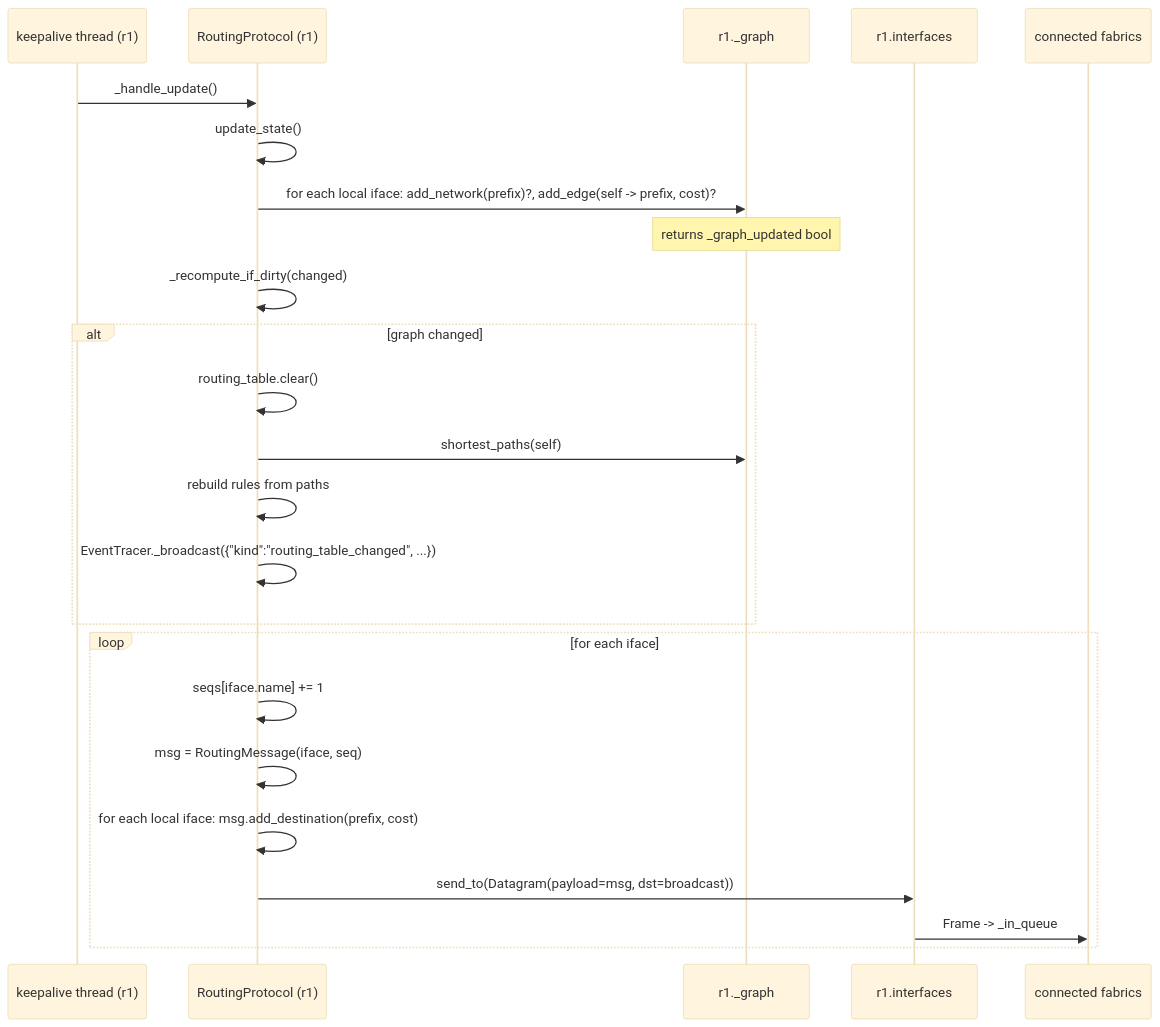
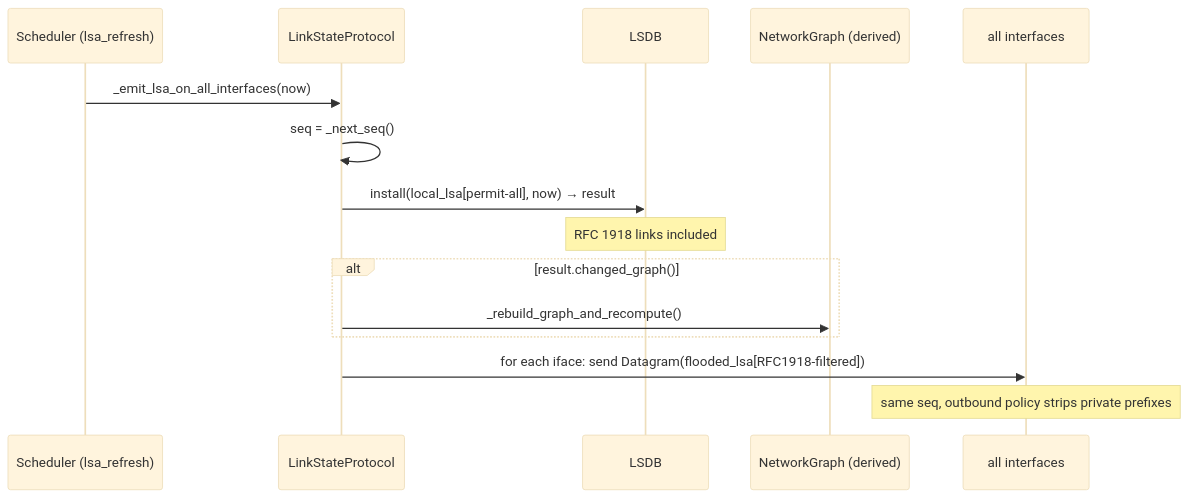
Before and after one commit to lukius/loom: the first of 2 diagrams in docs/architecture/routing-protocol.md, drawn with Mermaid (base theme). The commit also changed other lines of this file, not shown here.

Commit message:
docs(architecture): rewrite routing-protocol.md as loom-OSPF

````diff
--- a/docs/architecture/routing-protocol.md
+++ b/docs/architecture/routing-protocol.md
@@ -46,27 +114,18 @@
 ```mermaid
 sequenceDiagram
-  participant KA as keepalive thread (r1)
-  participant R1 as RoutingProtocol (r1)
-  participant G as r1._graph
-  participant IF as r1.interfaces
-  participant LAN as connected fabrics
+  participant Sched as Scheduler (lsa_refresh)
+  participant Proto as LinkStateProtocol
+  participant DB as LSDB
+  participant G as NetworkGraph (derived)
+  participant IFs as all interfaces
 
-  KA->>R1: _handle_update()
-  R1->>R1: update_state()
-  R1->>G: for each local iface: add_network(prefix)?, add_edge(self -> prefix, cost)?
-  Note over G: returns _graph_updated bool
-  R1->>R1: _recompute_if_dirty(changed)
-  alt graph changed
-    R1->>R1: routing_table.clear()
-    R1->>G: shortest_paths(self)
-    R1->>R1: rebuild rules from paths
-    R1->>R1: EventTracer._broadcast({"kind":"routing_table_changed", ...})
+  Sched->>Proto: _emit_lsa_on_all_interfaces(now)
+  Proto->>Proto: seq = _next_seq()
+  Proto->>DB: install(local_lsa[permit-all], now) → result
+  note over DB: RFC 1918 links included
+  alt result.changed_graph()
+    Proto->>G: _rebuild_graph_and_recompute()
   end
-  loop for each iface
-    R1->>R1: seqs[iface.name] += 1
-    R1->>R1: msg = RoutingMessage(iface, seq)
-    R1->>R1: for each local iface: msg.add_destination(prefix, cost)
-    R1->>IF: send_to(Datagram(payload=msg, dst=broadcast))
-    IF->>LAN: Frame -> _in_queue
-  end
+  Proto->>IFs: for each iface: send Datagram(flooded_lsa[RFC1918-filtered])
+  note over IFs: same seq, outbound policy strips private prefixes
 ```
````
